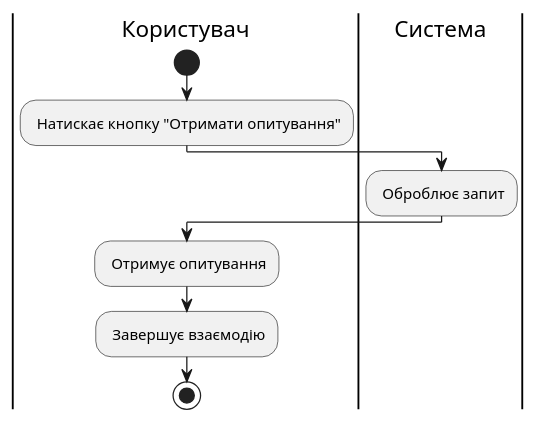
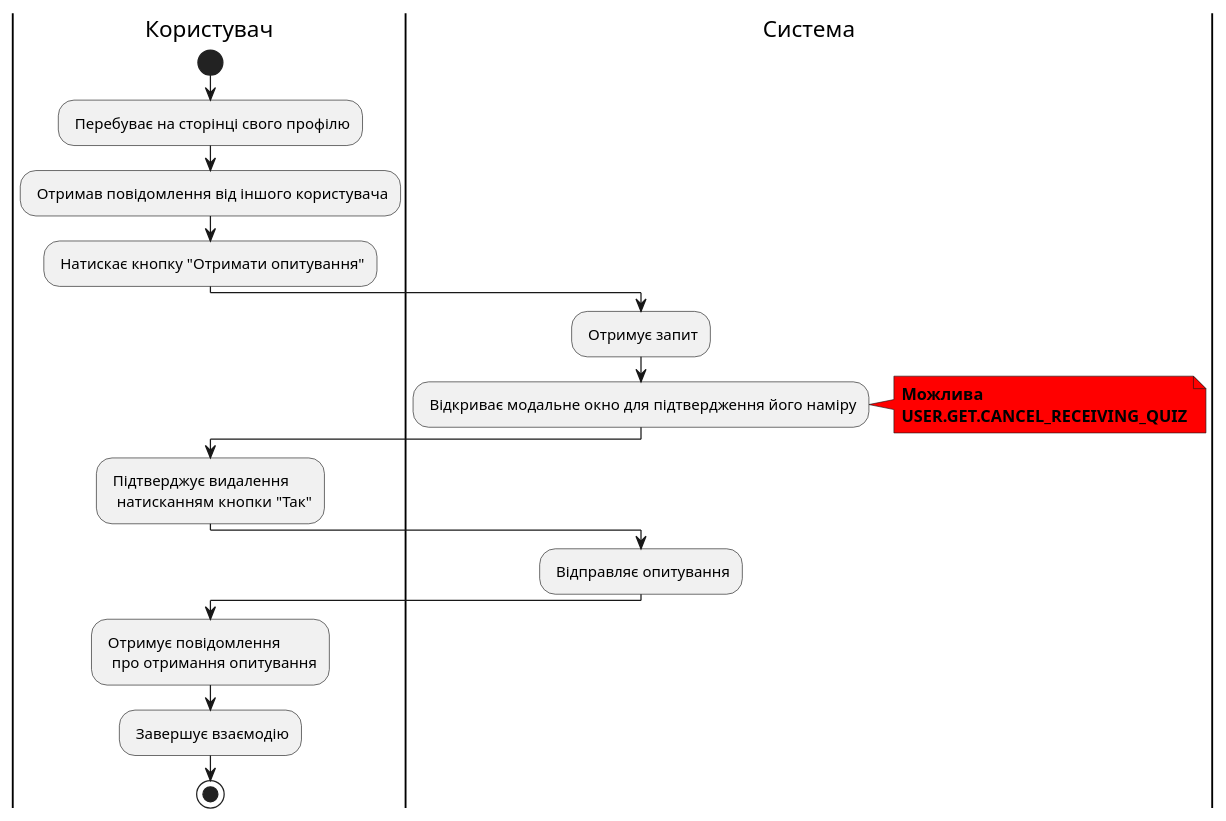
Before and after one commit to michigang1/ImForms: diagram 13 of 22 in docs/use cases/README.md, drawn with PlantUML. The commit also changed other lines of this file, not shown here.

Commit message:
Added some changes in diagrams of scenarios

```diff
--- a/docs/use cases/README.md
+++ b/docs/use cases/README.md
@@ -482,14 +580,29 @@
 @startuml
 
 |Користувач|
 start
+: Перебуває на сторінці свого профілю;
+: Отримав повідомлення від іншого користувача;
 : Натискає кнопку "Отримати опитування";
 
 |Система|
-: Оброблює запит;
+: Отримує запит;
+: Відкриває модальне окно для підтвердження його наміру;
+note right #ff0000
+<b>Можлива</b>
+<b>USER.GET.CANCEL_RECEIVING_QUIZ</b>
+end note
 
 |Користувач|
-: Отримує опитування;
+: Підтверджує видалення
+  натисканням кнопки "Так";
+
+|Система|
+: Відправляє опитування;
+
+|Користувач|
+: Отримує повідомлення
+  про отримання опитування;
 : Завершує взаємодію;
 stop;
 @enduml
```
